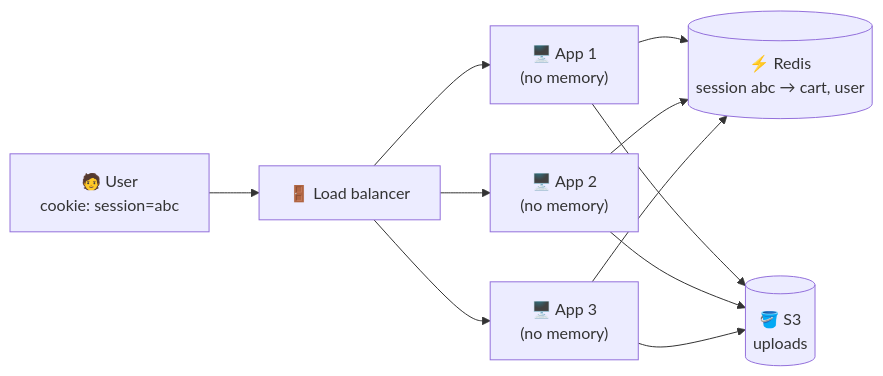
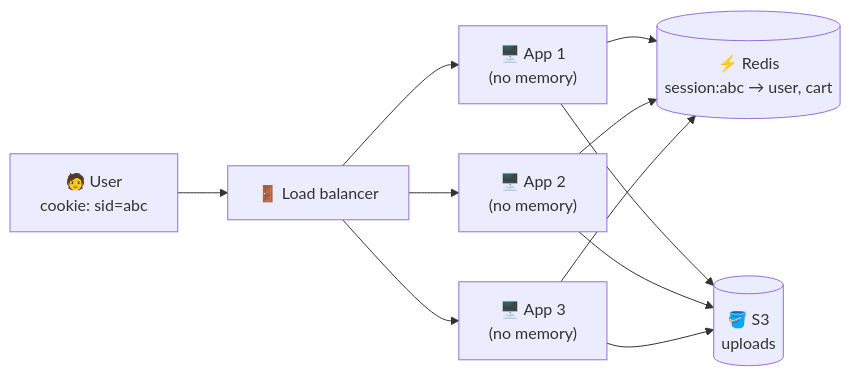
Before and after one commit to winnyboy5/System-Design-from-Atoms: the diagram in phases/03-scaling-basics/018-stateless-services.md, drawn with Mermaid. The commit also changed other lines of this file and 9 other files, not shown here.

````diff
--- a/phases/03-scaling-basics/018-stateless-services.md
+++ b/phases/03-scaling-basics/018-stateless-services.md
@@ -26,13 +38,13 @@
 ```mermaid
 flowchart LR
-    U["🧑 User<br/>cookie: session=abc"] --> LB["🚪 Load balancer"]
+    U["🧑 User<br/>cookie: sid=abc"] --> LB["🚪 Load balancer"]
     LB --> A1["🖥️ App 1<br/>(no memory)"]
     LB --> A2["🖥️ App 2<br/>(no memory)"]
     LB --> A3["🖥️ App 3<br/>(no memory)"]
-    A1 --> R[("⚡ Redis<br/>session abc → cart, user")]
+    A1 --> R[("⚡ Redis<br/>session:abc → user, cart")]
     A2 --> R
     A3 --> R
     A1 --> S3[("🪣 S3<br/>uploads")]
     A2 --> S3
     A3 --> S3
 ```
````
